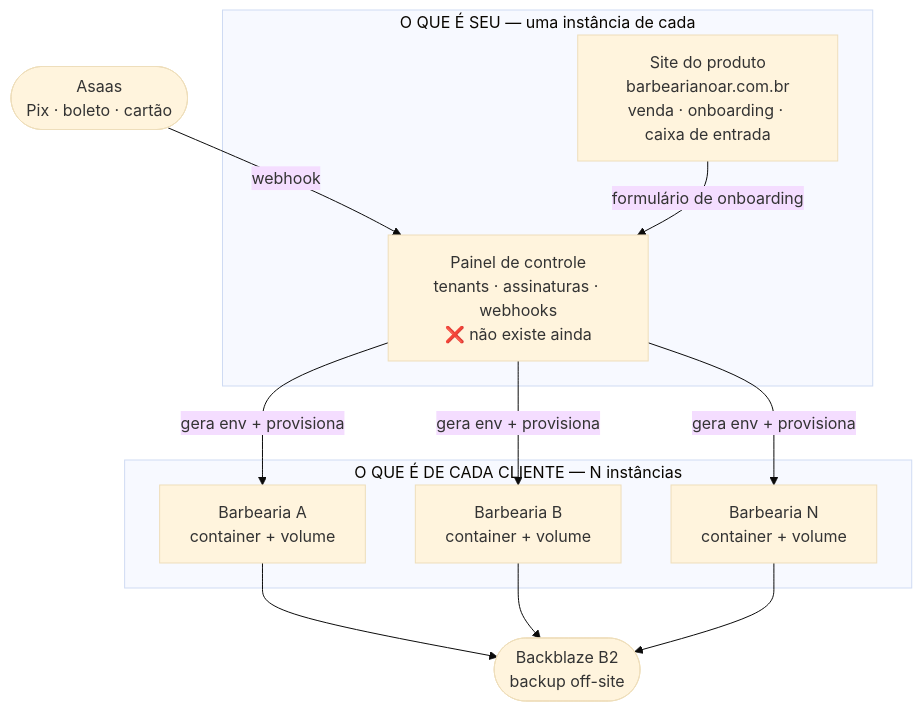
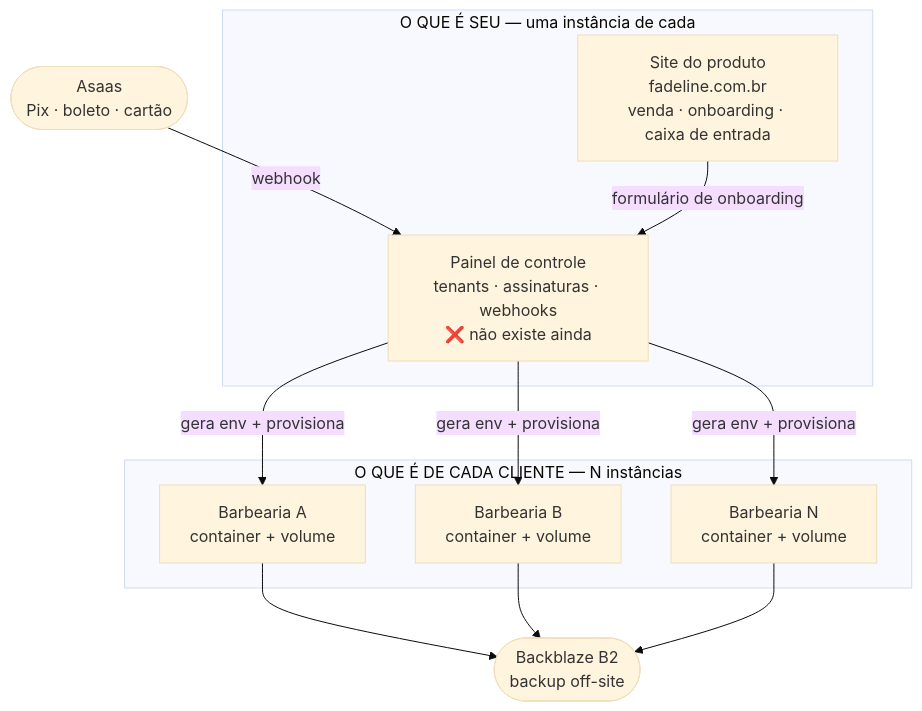
Before and after one commit to Alexandfdes/Barbearia: the first of 2 diagrams in docs/ARQUITETURA-PRODUCAO.md, drawn with Mermaid (base theme). The commit also changed other lines of this file and 15 other files, not shown here.

````diff
--- a/docs/ARQUITETURA-PRODUCAO.md
+++ b/docs/ARQUITETURA-PRODUCAO.md
@@ -30,22 +30,22 @@
 ```mermaid
 flowchart TD
     subgraph seu["O QUE É SEU — uma instância de cada"]
-        P["Site do produto<br/>barbearianoar.com.br<br/>venda · onboarding · caixa de entrada"]
+        P["Site do produto<br/>fadeline.com.br<br/>venda · onboarding · caixa de entrada"]
         C["Painel de controle<br/>tenants · assinaturas · webhooks<br/>❌ não existe ainda"]
     end
 
     subgraph deles["O QUE É DE CADA CLIENTE — N instâncias"]
         B1["Barbearia A<br/>container + volume"]
         B2["Barbearia B<br/>container + volume"]
         B3["Barbearia N<br/>container + volume"]
     end
 
     A(["Asaas<br/>Pix · boleto · cartão"]) -->|webhook| C
     C -->|gera env + provisiona| B1
     C -->|gera env + provisiona| B2
     C -->|gera env + provisiona| B3
     P -->|formulário de onboarding| C
     B1 --> S(["Backblaze B2<br/>backup off-site"])
     B2 --> S
     B3 --> S
 ```
````
